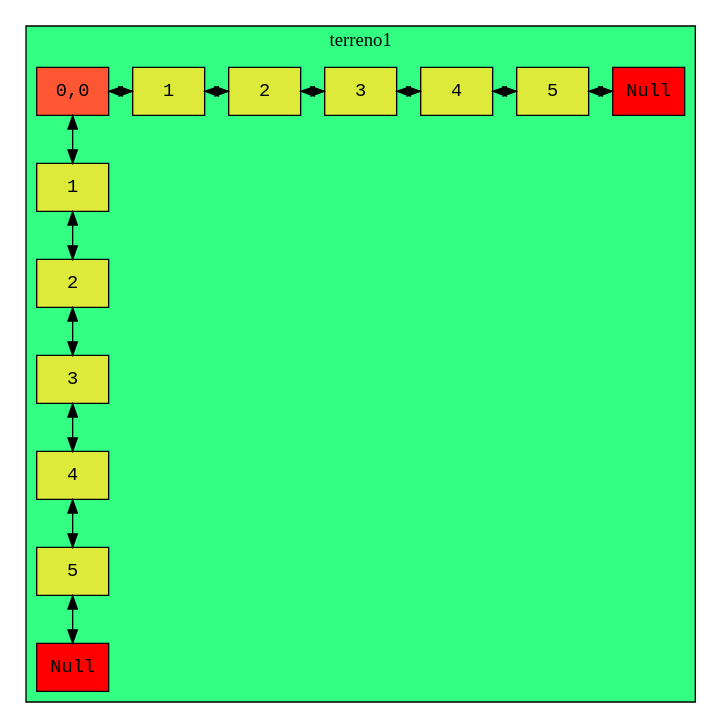
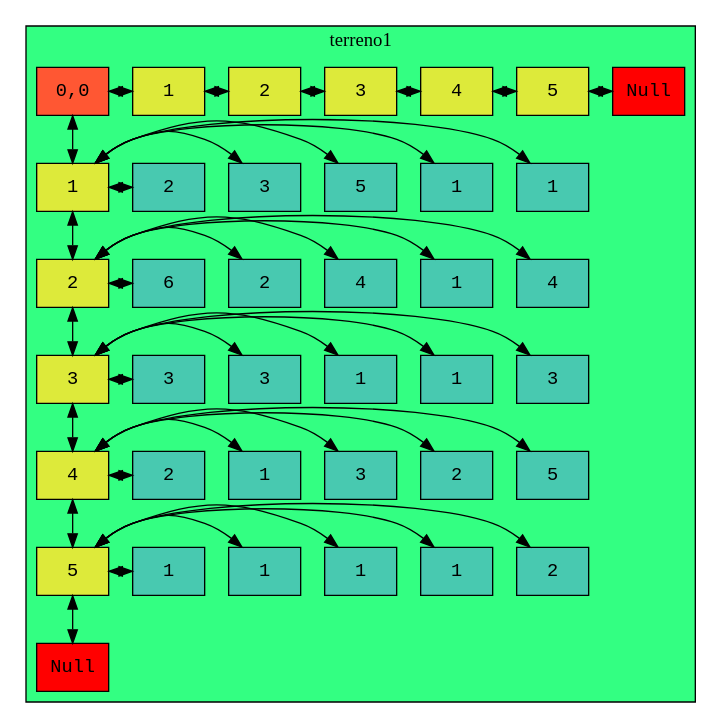
Before and after one commit to 201807066/IPC2_proyecto1_201807066: the diagram in graphviz.dot, drawn with Graphviz. The commit also changed 3 other files, not shown here.

```diff
--- a/graphviz.dot
+++ b/graphviz.dot
@@ -1,34 +1,115 @@
 digraph Matriz{
 node[shape=box fontname=courier fillcolor="#FFEDBB" style=filled]
 subgraph cluster{
 root[label="0,0", fillcolor="#FF5733"]
 label=terreno1
 bgcolor = "#33FF82"
 edge[dir="both"]
 F1[label="1", group = 1, fillcolor = "#DDEA3A"]
 F2[label="2", group = 1, fillcolor = "#DDEA3A"]
 F3[label="3", group = 1, fillcolor = "#DDEA3A"]
 F4[label="4", group = 1, fillcolor = "#DDEA3A"]
 F5[label="5", group = 1, fillcolor = "#DDEA3A"]
 F1->F2
 F2->F3
 F3->F4
 F4->F5
 F5->F6
 F6[label="Null" fillcolor="red"]
 C1[label="1", group = 2, fillcolor = "#DDEA3A"]
 C2[label="2", group = 3, fillcolor = "#DDEA3A"]
 C3[label="3", group = 4, fillcolor = "#DDEA3A"]
 C4[label="4", group = 5, fillcolor = "#DDEA3A"]
 C5[label="5", group = 6, fillcolor = "#DDEA3A"]
 C1->C2
 C2->C3
 C3->C4
 C4->C5
 C5->C6
 C6[label="Null" fillcolor="red"]
 root -> F1
 root -> C1
-{rank=same; root, C1, C2, C3, C4, C5,C6}
+{rank=same; root, C1, C2, C3, C4, C5,C6
+}
+datoF1_C1[label="1", group = 2 , fillcolor = "#48C9B0"]
+datoF1_C2[label="1", group = 3 , fillcolor = "#48C9B0"]
+datoF1_C3[label="5", group = 4 , fillcolor = "#48C9B0"]
+datoF1_C4[label="3", group = 5 , fillcolor = "#48C9B0"]
+datoF1_C5[label="2", group = 6 , fillcolor = "#48C9B0"]
+datoF2_C1[label="4", group = 2 , fillcolor = "#48C9B0"]
+datoF2_C2[label="1", group = 3 , fillcolor = "#48C9B0"]
+datoF2_C3[label="4", group = 4 , fillcolor = "#48C9B0"]
+datoF2_C4[label="2", group = 5 , fillcolor = "#48C9B0"]
+datoF2_C5[label="6", group = 6 , fillcolor = "#48C9B0"]
+datoF3_C1[label="3", group = 2 , fillcolor = "#48C9B0"]
+datoF3_C2[label="1", group = 3 , fillcolor = "#48C9B0"]
+datoF3_C3[label="1", group = 4 , fillcolor = "#48C9B0"]
+datoF3_C4[label="3", group = 5 , fillcolor = "#48C9B0"]
+datoF3_C5[label="3", group = 6 , fillcolor = "#48C9B0"]
+datoF4_C1[label="5", group = 2 , fillcolor = "#48C9B0"]
+datoF4_C2[label="2", group = 3 , fillcolor = "#48C9B0"]
+datoF4_C3[label="3", group = 4 , fillcolor = "#48C9B0"]
+datoF4_C4[label="1", group = 5 , fillcolor = "#48C9B0"]
+datoF4_C5[label="2", group = 6 , fillcolor = "#48C9B0"]
+datoF5_C1[label="2", group = 2 , fillcolor = "#48C9B0"]
+datoF5_C2[label="1", group = 3 , fillcolor = "#48C9B0"]
+datoF5_C3[label="1", group = 4 , fillcolor = "#48C9B0"]
+datoF5_C4[label="1", group = 5 , fillcolor = "#48C9B0"]
+datoF5_C5[label="1", group = 6 , fillcolor = "#48C9B0"]
+
+F1 -> datoF1_C1
+{rank = same; F1, datoF1_C1}
+F1 -> datoF1_C2
+{rank = same; F1, datoF1_C2}
+F1 -> datoF1_C3
+{rank = same; F1, datoF1_C3}
+F1 -> datoF1_C4
+{rank = same; F1, datoF1_C4}
+F1 -> datoF1_C5
+{rank = same; F1, datoF1_C5}
+
+F2 -> datoF2_C1
+{rank = same; F2, datoF2_C1}
+F2 -> datoF2_C2
+{rank = same; F2, datoF2_C2}
+F2 -> datoF2_C3
+{rank = same; F2, datoF2_C3}
+F2 -> datoF2_C4
+{rank = same; F2, datoF2_C4}
+F2 -> datoF2_C5
+{rank = same; F2, datoF2_C5}
+
+F3 -> datoF3_C1
+{rank = same; F3, datoF3_C1}
+F3 -> datoF3_C2
+{rank = same; F3, datoF3_C2}
+F3 -> datoF3_C3
+{rank = same; F3, datoF3_C3}
+F3 -> datoF3_C4
+{rank = same; F3, datoF3_C4}
+F3 -> datoF3_C5
+{rank = same; F3, datoF3_C5}
+
+F4 -> datoF4_C1
+{rank = same; F4, datoF4_C1}
+F4 -> datoF4_C2
+{rank = same; F4, datoF4_C2}
+F4 -> datoF4_C3
+{rank = same; F4, datoF4_C3}
+F4 -> datoF4_C4
+{rank = same; F4, datoF4_C4}
+F4 -> datoF4_C5
+{rank = same; F4, datoF4_C5}
+
+F5 -> datoF5_C1
+{rank = same; F5, datoF5_C1}
+F5 -> datoF5_C2
+{rank = same; F5, datoF5_C2}
+F5 -> datoF5_C3
+{rank = same; F5, datoF5_C3}
+F5 -> datoF5_C4
+{rank = same; F5, datoF5_C4}
+F5 -> datoF5_C5
+{rank = same; F5, datoF5_C5}
 }
 }
```
